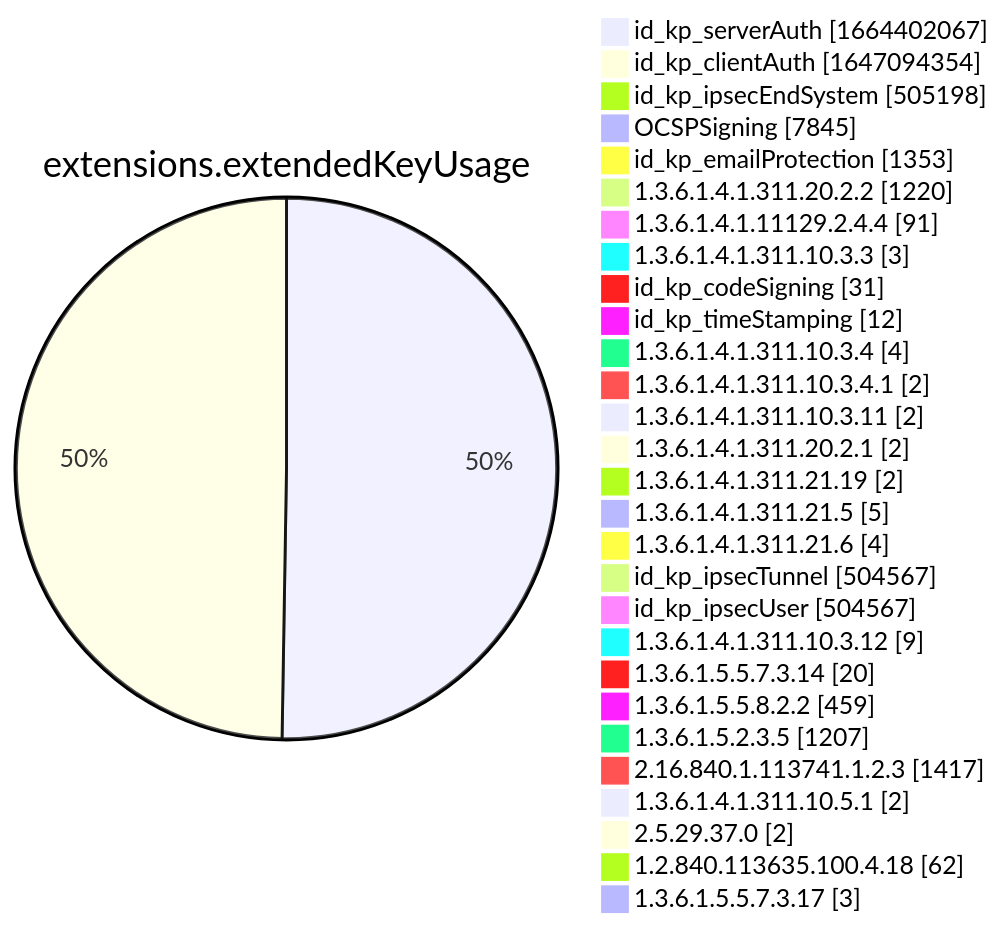
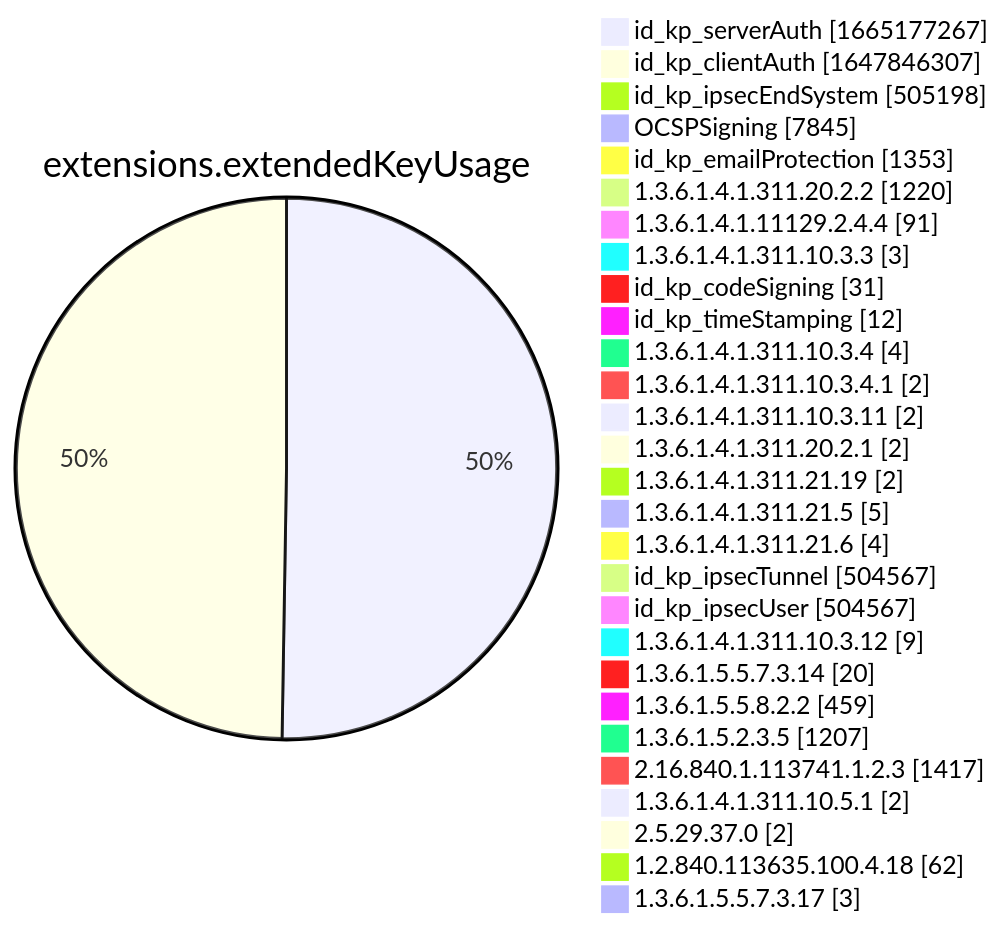
Diagram 12 of 15 in xenon2022/README.md (christiankrug/ctmonitor_visualization), drawn with Mermaid before and after one commit. The commit also changed other lines of this file, not shown here.

````diff
--- a/xenon2022/README.md
+++ b/xenon2022/README.md
@@ -3887,32 +3887,32 @@
 ```mermaid
 pie showData
 title extensions.extendedKeyUsage
-"id_kp_serverAuth" :1664402067
-"id_kp_clientAuth" :1647094354
+"id_kp_serverAuth" :1665177267
+"id_kp_clientAuth" :1647846307
 "id_kp_ipsecEndSystem" :505198
 "OCSPSigning" :7845
 "id_kp_emailProtection" :1353
 "1.3.6.1.4.1.311.20.2.2" :1220
 "1.3.6.1.4.1.11129.2.4.4" :91
 "1.3.6.1.4.1.311.10.3.3" :3
 "id_kp_codeSigning" :31
 "id_kp_timeStamping" :12
 "1.3.6.1.4.1.311.10.3.4" :4
 "1.3.6.1.4.1.311.10.3.4.1" :2
 "1.3.6.1.4.1.311.10.3.11" :2
 "1.3.6.1.4.1.311.20.2.1" :2
 "1.3.6.1.4.1.311.21.19" :2
 "1.3.6.1.4.1.311.21.5" :5
 "1.3.6.1.4.1.311.21.6" :4
 "id_kp_ipsecTunnel" :504567
 "id_kp_ipsecUser" :504567
 "1.3.6.1.4.1.311.10.3.12" :9
 "1.3.6.1.5.5.7.3.14" :20
 "1.3.6.1.5.5.8.2.2" :459
 "1.3.6.1.5.2.3.5" :1207
 "2.16.840.1.113741.1.2.3" :1417
 "1.3.6.1.4.1.311.10.5.1" :2
 "2.5.29.37.0" :2
 "1.2.840.113635.100.4.18" :62
 "1.3.6.1.5.5.7.3.17" :3
 ```
````
